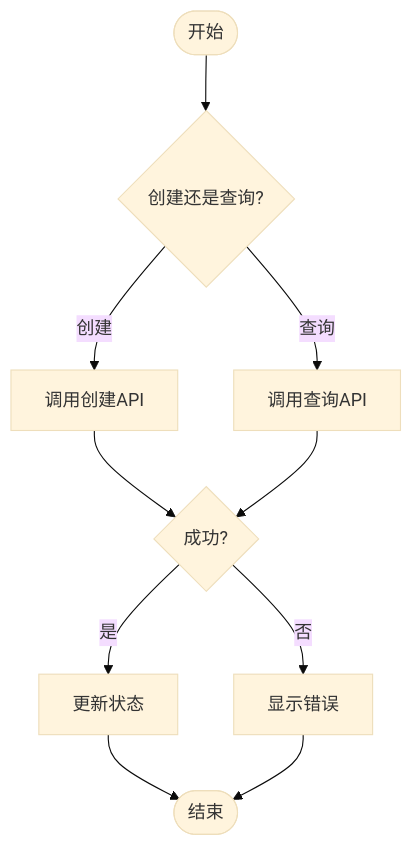
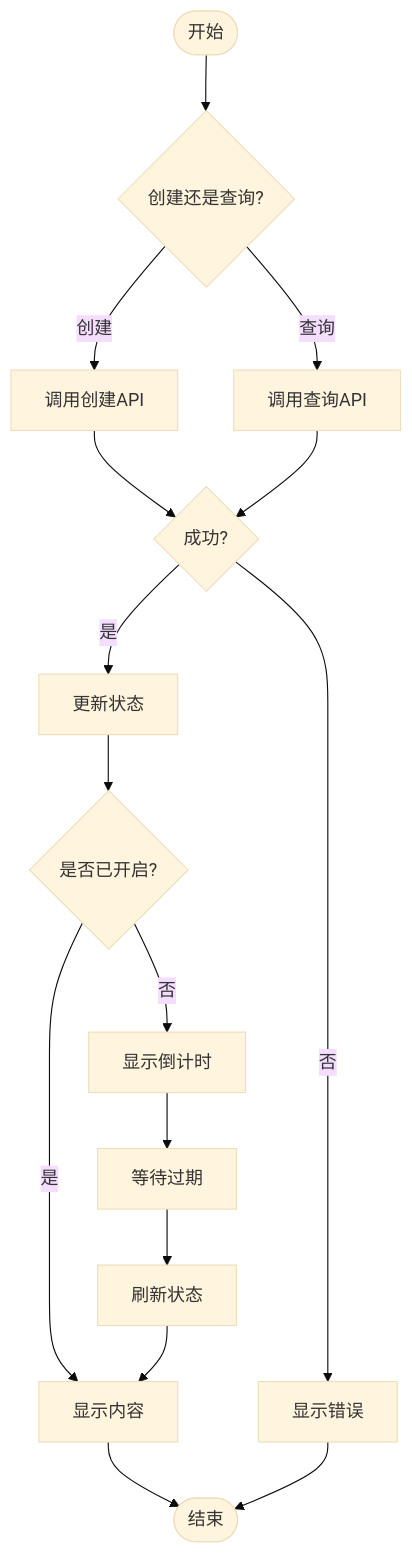
One commit to alexy2008/TimeCapsule changed the sixth of 7 diagrams in .qoder/repowiki/zh/content/前端实现详解/前端实现详解.md. Above: the diagram before and after it, drawn with Mermaid (base theme). The commit also changed other lines of this file and 22 other files, not shown here.

````diff
--- a/.qoder/repowiki/zh/content/前端实现详解/前端实现详解.md
+++ b/.qoder/repowiki/zh/content/前端实现详解/前端实现详解.md
@@ -263,12 +380,18 @@
 ```mermaid
 flowchart TD
 Start(["开始"]) --> CreateOrOpen{"创建还是查询?"}
 CreateOrOpen --> |创建| CallCreate["调用创建API"]
 CreateOrOpen --> |查询| CallGet["调用查询API"]
 CallCreate --> HandleResp{"成功?"}
 CallGet --> HandleResp
 HandleResp --> |是| UpdateState["更新状态"]
 HandleResp --> |否| ShowError["显示错误"]
-UpdateState --> End(["结束"])
+UpdateState --> CheckOpened{"是否已开启?"}
+CheckOpened --> |是| ShowContent["显示内容"]
+CheckOpened --> |否| ShowCountdown["显示倒计时"]
+ShowCountdown --> WaitExpired["等待过期"]
+WaitExpired --> Refresh["刷新状态"]
+Refresh --> ShowContent
+ShowContent --> End(["结束"])
 ShowError --> End
 ```
````
